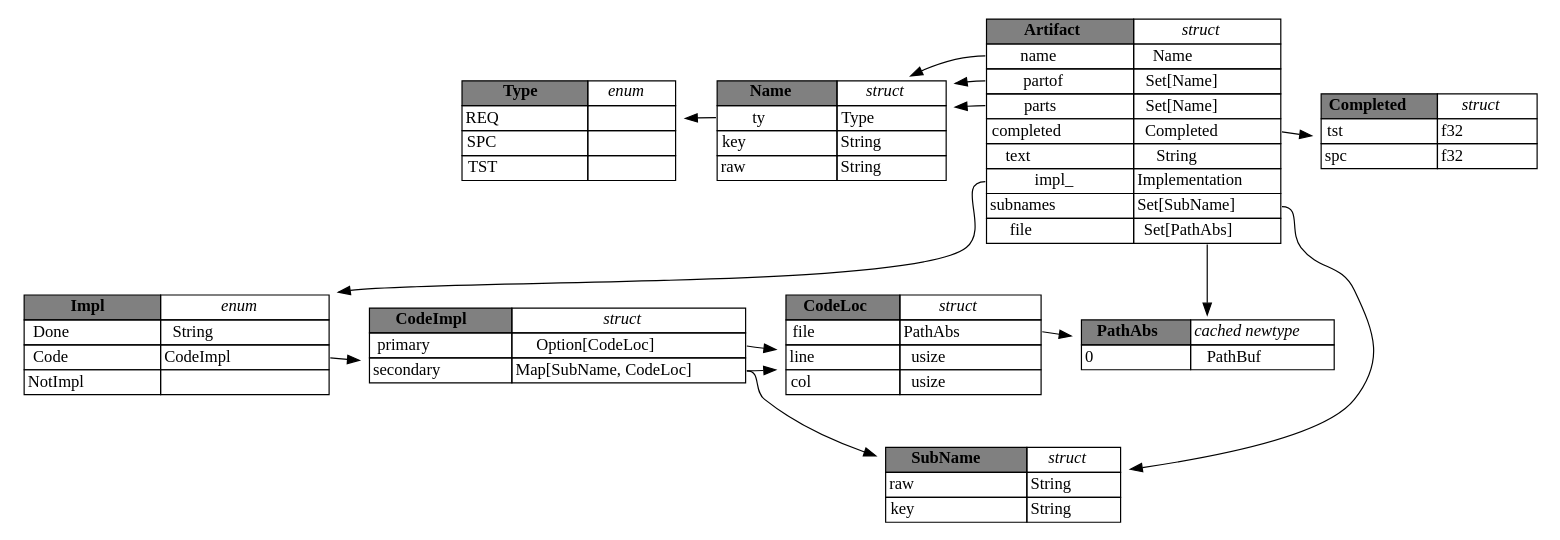
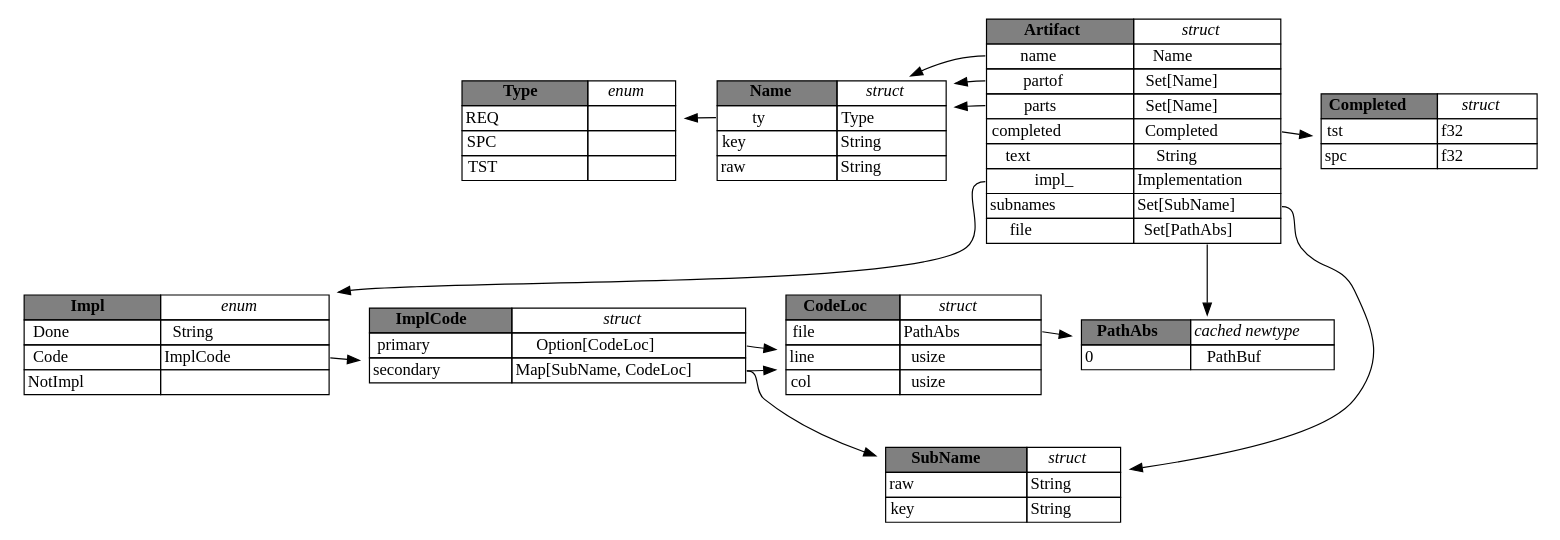
One commit to vitiral/artifact changed the diagram in artifact-data/design/structs.md. Above: the diagram before and after it, drawn with Graphviz. The commit also changed 3 other files, not shown here.

````diff
--- a/artifact-data/design/structs.md
+++ b/artifact-data/design/structs.md
@@ -52,13 +52,13 @@
 <TABLE ALIGN="left" BORDER="0" CELLBORDER="1" CELLSPACING="0">
   <TR><TD PORT="self" BGCOLOR="gray"><b>Impl</b></TD><TD><i>enum</i></TD></TR>
   <TR><TD>Done              </TD><TD PORT="done">String                 </TD></TR>
-  <TR><TD>Code              </TD><TD PORT="code">CodeImpl               </TD></TR>
+  <TR><TD>Code              </TD><TD PORT="code">ImplCode               </TD></TR>
   <TR><TD>NotImpl           </TD><TD PORT="not" >                       </TD></TR>
 </TABLE>>];
 
-    CodeImpl [label=<
+    ImplCode [label=<
 <TABLE ALIGN="left" BORDER="0" CELLBORDER="1" CELLSPACING="0">
-  <TR><TD PORT="self" BGCOLOR="gray"><b>CodeImpl</b></TD><TD><i>struct</i></TD></TR>
+  <TR><TD PORT="self" BGCOLOR="gray"><b>ImplCode</b></TD><TD><i>struct</i></TD></TR>
   <TR><TD>primary           </TD><TD PORT="prim">Option[CodeLoc]        </TD></TR>
   <TR><TD>secondary         </TD><TD PORT="sec" >Map[SubName, CodeLoc]  </TD></TR>
 </TABLE>>];
@@ -91,15 +91,15 @@
     Artifact:comp   -> Completed;
     Name:ty         -> Type [constraint=false];
 
-    { rank = same {Impl, CodeImpl, CodeLoc, PathAbs}}
+    { rank = same {Impl, ImplCode, CodeLoc, PathAbs}}
     Artifact:impl   -> Impl;
-    Impl:code       -> CodeImpl;
-    CodeImpl:prim   -> CodeLoc;
-    CodeImpl:sec    -> CodeLoc;
+    Impl:code       -> ImplCode;
+    ImplCode:prim   -> CodeLoc;
+    ImplCode:sec    -> CodeLoc;
     CodeLoc:file    -> PathAbs;
     Artifact:file   -> PathAbs;
 
     Artifact:sub    -> SubName
-    CodeImpl:sec    -> SubName;
+    ImplCode:sec    -> SubName;
 }
 ```
````
